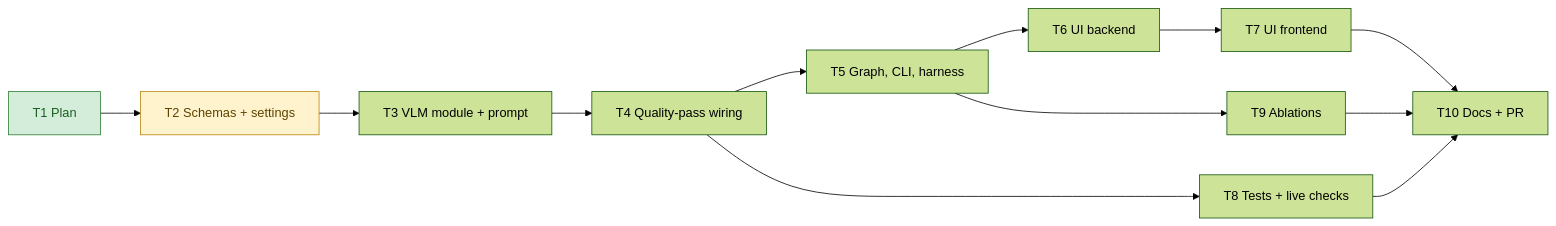
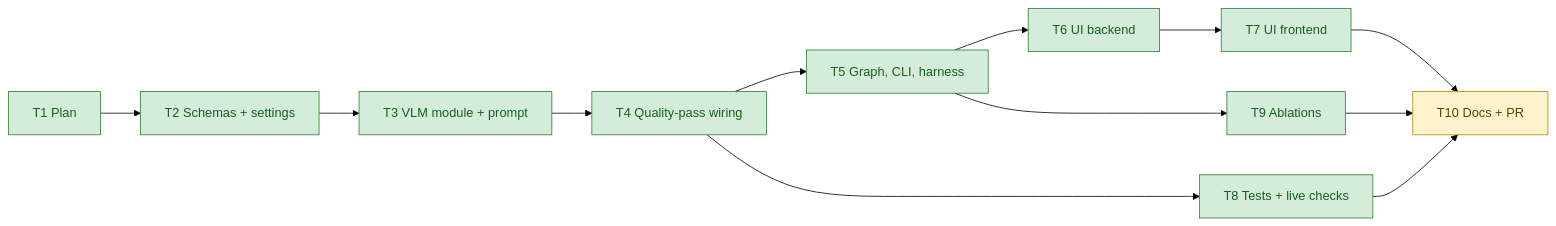
Before and after one commit to lofeodo/rfp-solution-summary-generator: the third of 3 diagrams in docs/ROADMAP.md, drawn with Mermaid (forest theme). The commit also changed other lines of this file and 36 other files, not shown here.

Commit message:
ST2: ablation results (judged and flagged scopes), D42, roadmap what-was-done, PROMPTS, PIPELINE, USAGE, README, results and gold READMEs, TIMELOG

````diff
--- a/docs/ROADMAP.md
+++ b/docs/ROADMAP.md
@@ -2448,18 +2448,18 @@
   ```mermaid
   flowchart LR
       T1[T1 Plan] --> T2[T2 Schemas + settings]
       T2 --> T3[T3 VLM module + prompt]
       T3 --> T4[T4 Quality-pass wiring]
       T4 --> T5[T5 Graph, CLI, harness]
       T5 --> T6[T6 UI backend]
       T6 --> T7[T7 UI frontend]
       T4 --> T8[T8 Tests + live checks]
       T5 --> T9[T9 Ablations]
       T7 --> T10[T10 Docs + PR]
       T8 --> T10
       T9 --> T10
       classDef done fill:#d4edda,stroke:#2e7d32,color:#1b5e20
       classDef ready fill:#fff3cd,stroke:#b8860b,color:#5c4400
-      class T1 done
-      class T2 ready
+      class T1,T2,T3,T4,T5,T6,T7,T8,T9 done
+      class T10 ready
   ```
````
